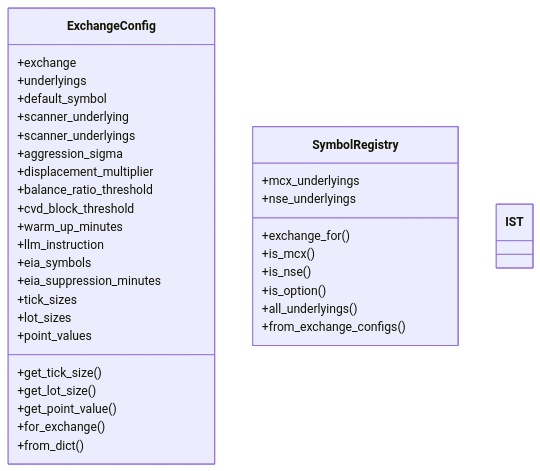
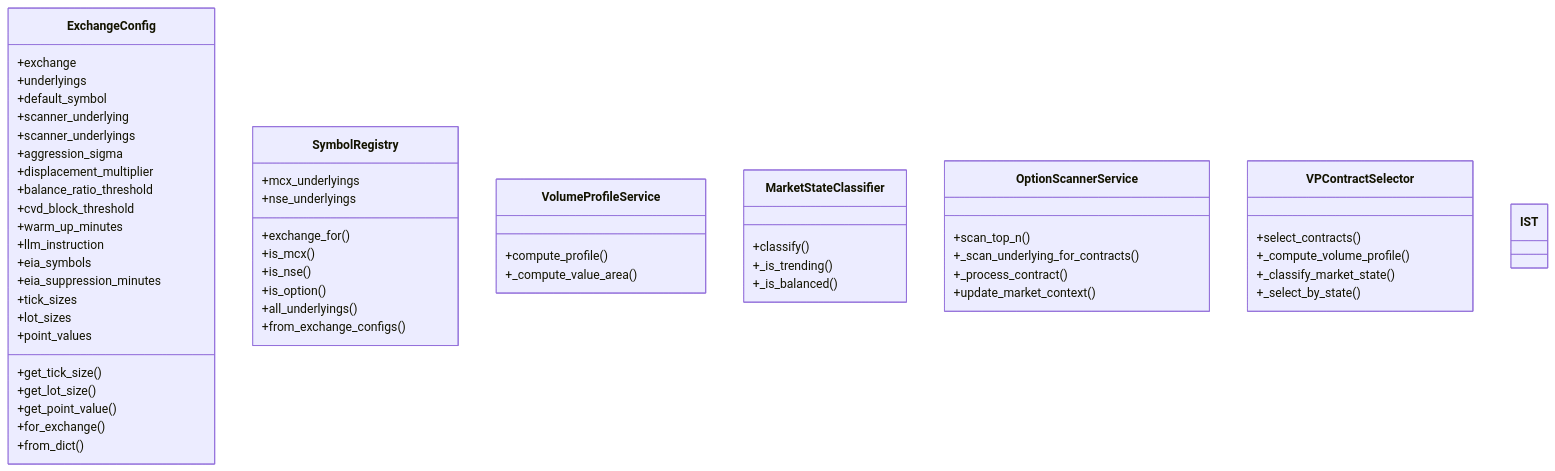
Before and after one commit to gemrajkhatry-maker/v5-of-glassytrade-ai: the sixth of 9 diagrams in .qoder/repowiki/en/content/Backend Application/Service Architecture.md, drawn with Mermaid. The commit also changed other lines of this file and 930 other files, not shown here.

````diff
--- a/.qoder/repowiki/en/content/Backend Application/Service Architecture.md
+++ b/.qoder/repowiki/en/content/Backend Application/Service Architecture.md
@@ -345,37 +418,58 @@
 ```mermaid
 classDiagram
 class ExchangeConfig {
 +exchange
 +underlyings
 +default_symbol
 +scanner_underlying
 +scanner_underlyings
 +aggression_sigma
 +displacement_multiplier
 +balance_ratio_threshold
 +cvd_block_threshold
 +warm_up_minutes
 +llm_instruction
 +eia_symbols
 +eia_suppression_minutes
 +tick_sizes
 +lot_sizes
 +point_values
 +get_tick_size()
 +get_lot_size()
 +get_point_value()
 +for_exchange()
 +from_dict()
 }
 class SymbolRegistry {
 +mcx_underlyings
 +nse_underlyings
 +exchange_for()
 +is_mcx()
 +is_nse()
 +is_option()
 +all_underlyings()
 +from_exchange_configs()
 }
+class VolumeProfileService {
++compute_profile()
++_compute_value_area()
+}
+class MarketStateClassifier {
++classify()
++_is_trending()
++_is_balanced()
+}
+class OptionScannerService {
++scan_top_n()
++_scan_underlying_for_contracts()
++_process_contract()
++update_market_context()
+}
+class VPContractSelector {
++select_contracts()
++_compute_volume_profile()
++_classify_market_state()
++_select_by_state()
+}
 class IST
 ```
````
